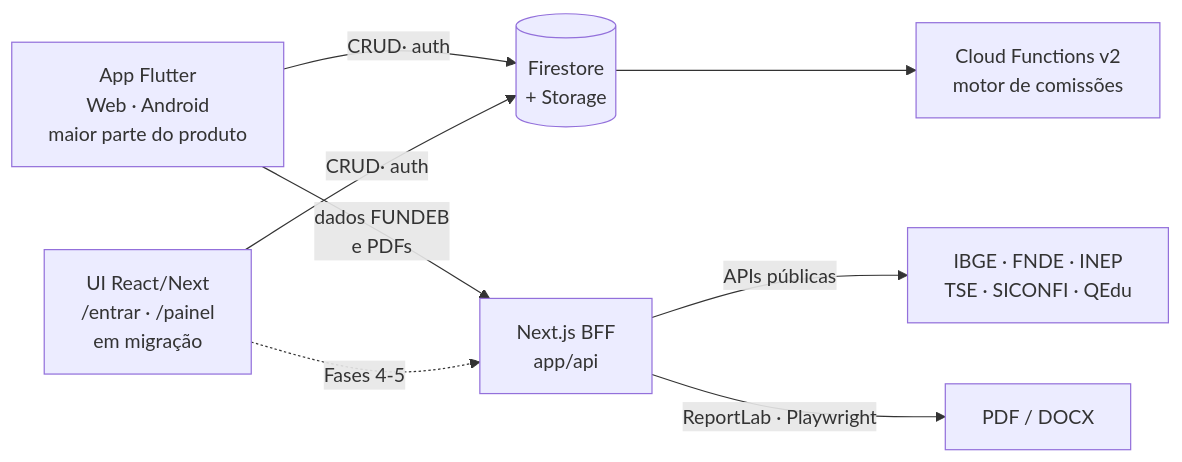
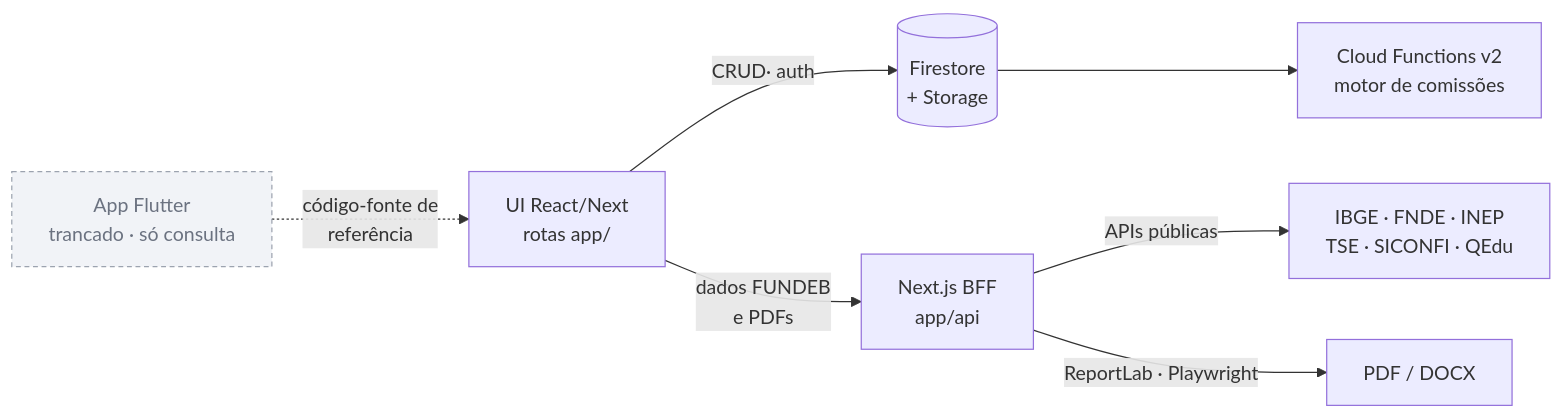
One commit to nomadautomacao-dot/sync changed the diagram in README.md. Above: the diagram before and after it, drawn with Mermaid. The commit also changed other lines of this file and 1 other file, not shown here.

Commit message:
docs(readme): reflete o React como app e a trava do Flutter; npm run dev sobe o Next

````diff
--- a/README.md
+++ b/README.md
@@ -37,10 +38,10 @@
 ```mermaid
 graph LR
-  A[App Flutter<br/>Web · Android<br/>maior parte do produto] -->|CRUD· auth| B[(Firestore<br/>+ Storage)]
-  R[UI React/Next<br/>/entrar · /painel<br/>em migração] -->|CRUD· auth| B
-  A -->|dados FUNDEB<br/>e PDFs| C[Next.js BFF<br/>app/api]
-  R -.->|Fases 4-5| C
+  R[UI React/Next<br/>rotas app/] -->|CRUD· auth| B[(Firestore<br/>+ Storage)]
+  R -->|dados FUNDEB<br/>e PDFs| C[Next.js BFF<br/>app/api]
   C -->|APIs públicas| D[IBGE · FNDE · INEP<br/>TSE · SICONFI · QEdu]
   C -->|ReportLab · Playwright| E[PDF / DOCX]
   B --> F[Cloud Functions v2<br/>motor de comissões]
+  L[App Flutter<br/>trancado · só consulta]:::legado -.->|código-fonte de<br/>referência| R
+  classDef legado fill:#F1F3F7,stroke:#9CA3AF,color:#6B7280,stroke-dasharray:4 3
 ```
````
